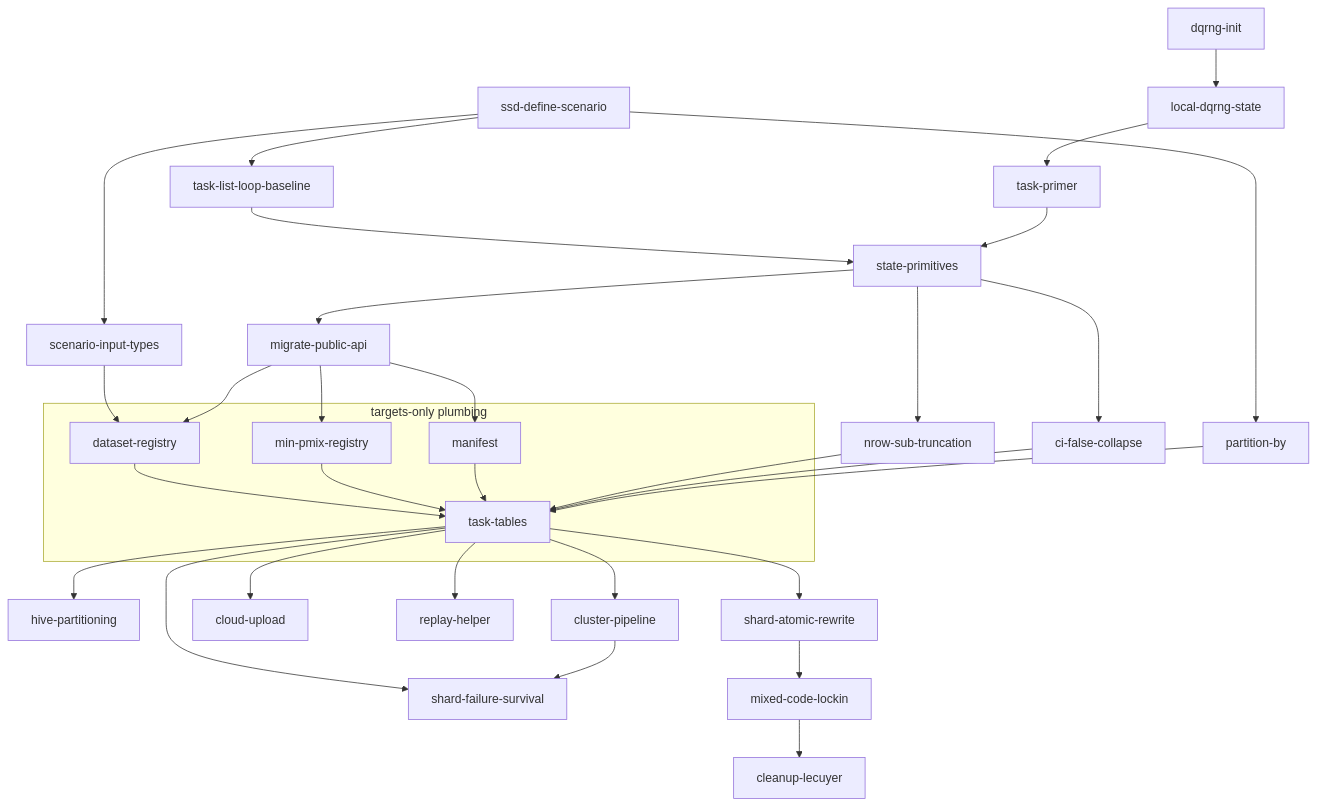
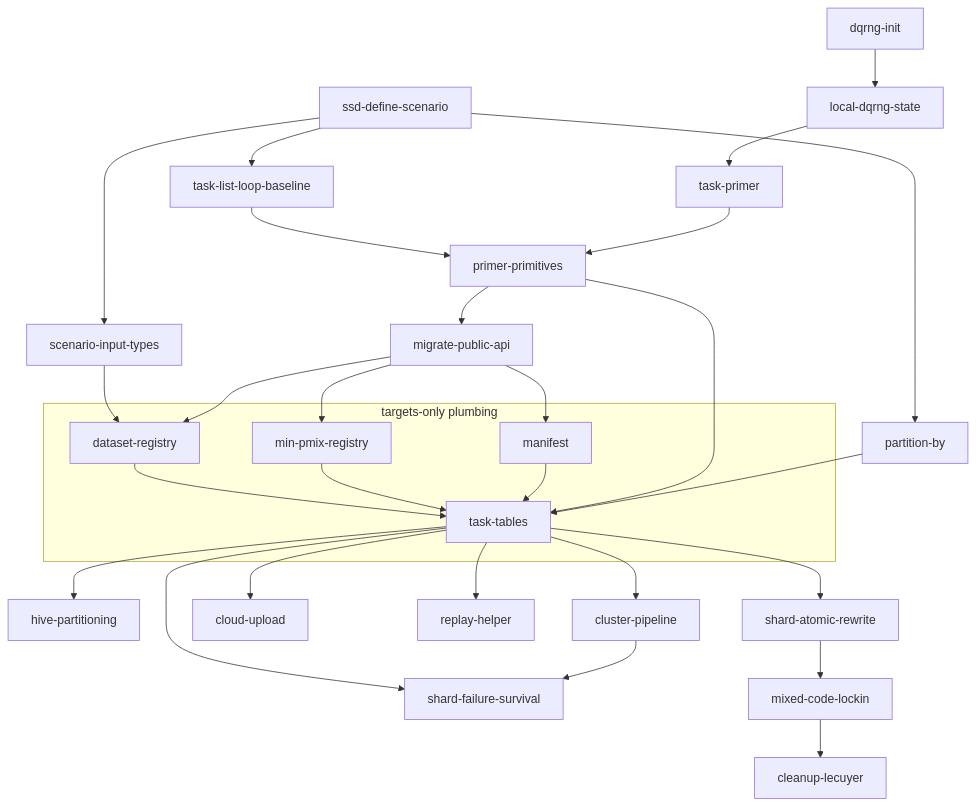
Before and after one commit to poissonconsulting/ssdsims: the diagram in TARGETS-DESIGN.md, drawn with Mermaid. The commit also changed other lines of this file and 40 other files, not shown here.

Commit message:
feat: fold the `data` task step into `fit`; propose partitioning/RNG roadmap changes (#79)

````diff
--- a/TARGETS-DESIGN.md
+++ b/TARGETS-DESIGN.md
@@ -1792,64 +1820,59 @@
 ```mermaid
 flowchart TD
     define[ssd-define-scenario]
     inputs[scenario-input-types]
     baseline[task-list-loop-baseline]
     dqinit[dqrng-init]
     dqstate[local-dqrng-state]
     primer[task-primer]
-    prims[state-primitives]
+    prims[primer-primitives]
     migrate[migrate-public-api]
-    nrow[nrow-sub-truncation]
-    ci[ci-false-collapse]
     partby[partition-by]
 
     subgraph targets [targets-only plumbing]
         dsreg[dataset-registry]
         pmreg[min-pmix-registry]
         manif[manifest]
         tt[task-tables]
         dsreg --> tt
         pmreg --> tt
         manif --> tt
     end
 
     hive[hive-partitioning]
     cluster[cluster-pipeline]
     survive[shard-failure-survival]
     cloud[cloud-upload]
     replay[replay-helper]
     rewrite[shard-atomic-rewrite]
     lockin[mixed-code-lockin]
     cleanup[cleanup-lecuyer]
 
     define --> baseline
     define --> partby
     define --> inputs
     inputs --> dsreg
     dqinit --> dqstate
     dqstate --> primer
     baseline --> prims
     primer --> prims
 
     prims --> migrate
-    prims --> nrow
-    prims --> ci
+    prims --> tt
 
     migrate --> dsreg
     migrate --> pmreg
     migrate --> manif
-    nrow --> tt
-    ci --> tt
     partby --> tt
 
     tt --> hive
     tt --> cluster
     tt --> survive
     tt --> cloud
     tt --> replay
     tt --> rewrite
 
     cluster --> survive
     rewrite --> lockin
     lockin --> cleanup
 ```
````
